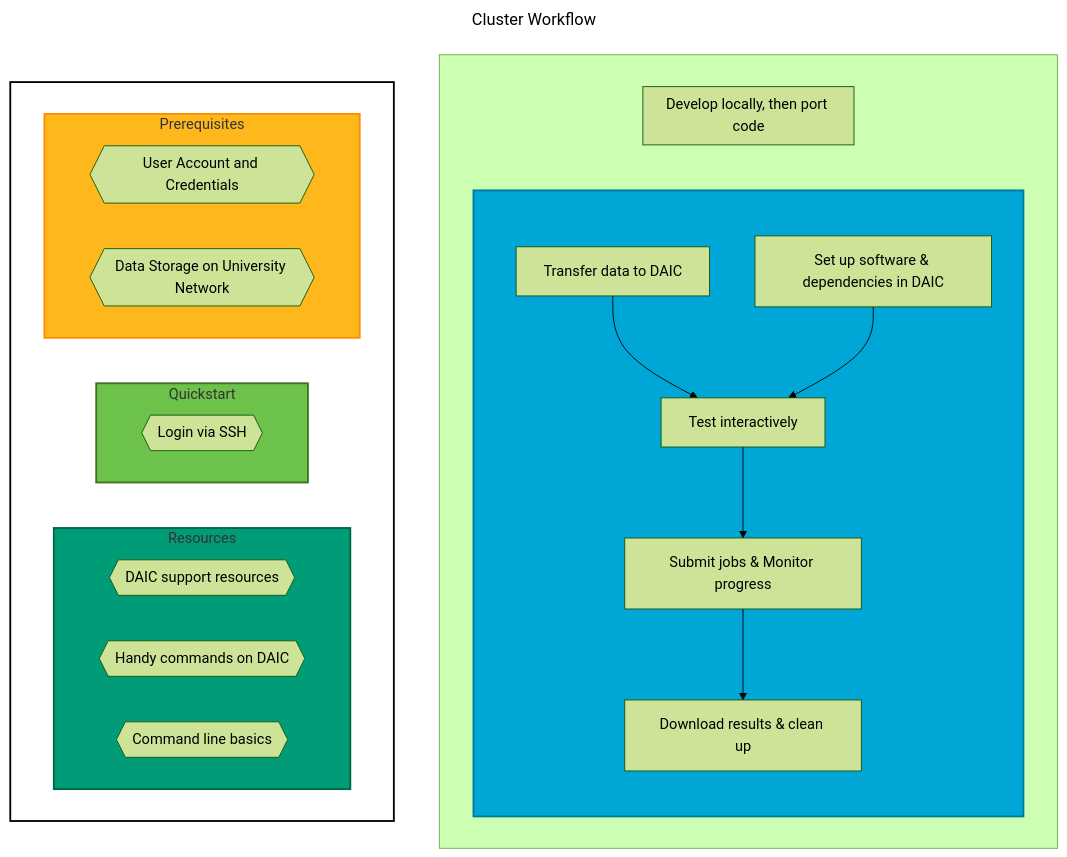
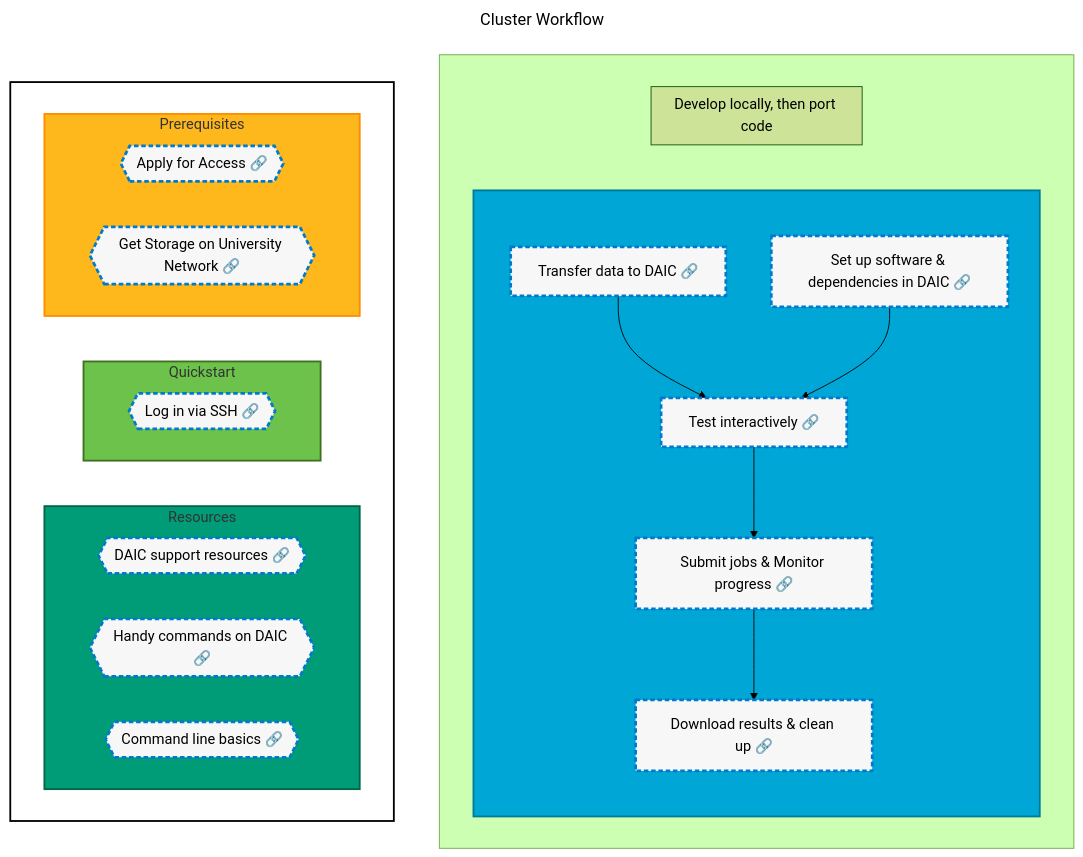
The diagram in content/en/quickstart/_index.md (DAIC-tud/docs), drawn with Mermaid (forest theme) before and after one commit. The commit also changed other lines of this file, not shown here.

Commit message:
enhance quickstart guide with clickable resource links in workflow diagram- closes #34

````diff
--- a/content/en/quickstart/_index.md
+++ b/content/en/quickstart/_index.md
@@ -25,75 +28,78 @@
 ```mermaid
 ---
 title: "Cluster Workflow"
 ---
 flowchart TB
 
     classDef cyan fill:#00A6D6,stroke:#007A99,stroke-width:2px;
     classDef white fill: #FFFFFF,stroke:#000000,stroke-width:2px;
     classDef yellow fill:#FFB81C,stroke:#FF8C00,stroke-width:2px;
     classDef green fill:#6CC24A,stroke:#3F6F21,stroke-width:2px;
     classDef darkgreen fill:#009B77,stroke:#006644,stroke-width:2px;
 
+    %% Emphasise clickable nodes
+    classDef linkNode fill:#f7f7f7,stroke:#007acc,stroke-width:3px,stroke-dasharray:5 3;
+
     Prerequisites:::yellow
     Quickstart:::green
     Resources:::darkgreen
     Reminder:::white
     Workflow:::cyan
 
     subgraph Practical[" "]
         direction RL
 
         subgraph Workflow[" "]
             direction TB    
-            C[Set up software & dependencies in DAIC]
+            C[Set up software & dependencies in DAIC 🔗]
 
-            D[Transfer data to DAIC]
+            D[Transfer data to DAIC 🔗]
 
-            E["Test interactively"]
-
-            F[Submit jobs & Monitor progress]
-            H[Download results & clean up ]
+            E["Test interactively 🔗"]
+            F[Submit jobs & Monitor progress 🔗]
+            H[Download results & clean up 🔗]
 
             D --> E
             C --> E
             E --> F --> H 
             
             click C "/docs/manual/software/" "Software setup"
             click D "/docs/manual/data-management/" "Data transfer methods"
             click E "/docs/manual/job-submission/slurm-basics/#interactive-jobs-on-compute-nodes" "Interactive jobs on compute nodes"
             click F "/docs/manual/job-submission/slurm-basics/#job-script" "Job submission"
             click H "/support/faqs/job-resources#how-do-i-clean-up-tmp-when-a-job-fails" "How do I clean up tmp?"
         end
         subgraph  local["Develop locally, then port code"]
         end
     end  
 
     subgraph Reminder[" "]
         subgraph Resources
             direction LR
-            r0@{ shape: hex, label: "DAIC support resources"}
-            r1@{ shape: hex, label: "Handy commands on DAIC"}
-            r2@{ shape: hex, label: "Command line basics" }
+            r0@{ shape: hex, label: "DAIC support resources 🔗"}
+            r1@{ shape: hex, label: "Handy commands on DAIC 🔗"}
+            r2@{ shape: hex, label: "Command line basics 🔗" }
 
             click r0 "/support/" "DAIC support resources"
             click r1 "/docs/manual/commands" "List of handy commands"
             click r2 "https://swcarpentry.github.io/shell-novice/" "The software carpentry's Unix shell materials"
         end
 
         subgraph Quickstart
             direction LR
-            q1@{ shape: hex, label: "Login via SSH"}
+            q1@{ shape: hex, label: "Log in via SSH 🔗"}
             %%q2@{ shape: hex, label: "Submit a job to SLURM"}
             click q1 "/docs/manual/connecting/" "Login via SSH"
         end
 
         subgraph Prerequisites
             direction LR
-            p1@{ shape: hex, label: "User Account and Credentials"}
-            p2@{ shape: hex, label: "Data Storage on University Network" }
+            p1@{ shape: hex, label: "Apply for Access 🔗"}
+            p2@{ shape: hex, label: "Get Storage on University Network 🔗" }
 
-            click p1 "https://tudelft.topdesk.net/tas/public/ssp/content/serviceflow?unid=89811f26713645a89a5ca1cdef263ac5" "Request an account"
-            click p2 "https://tudelft.topdesk.net/tas/public/ssp/content/detail/service?unid=846ebb16181c43b5836c063a917dd199" "Request storage"
+            click p1 "https://tudelft.topdesk.net/tas/public/ssp/content/serviceflow?unid=89811f26713645a89a5ca1cdef263ac5" "Request an account 🔗"
+            click p2 "https://tudelft.topdesk.net/tas/public/ssp/content/detail/service?unid=846ebb16181c43b5836c063a917dd199" "Request storage 🔗"
         end
     end
+    class C,D,E,F,H,p1,p2,q1,r0,r1,r2 linkNode;
 ```
````
